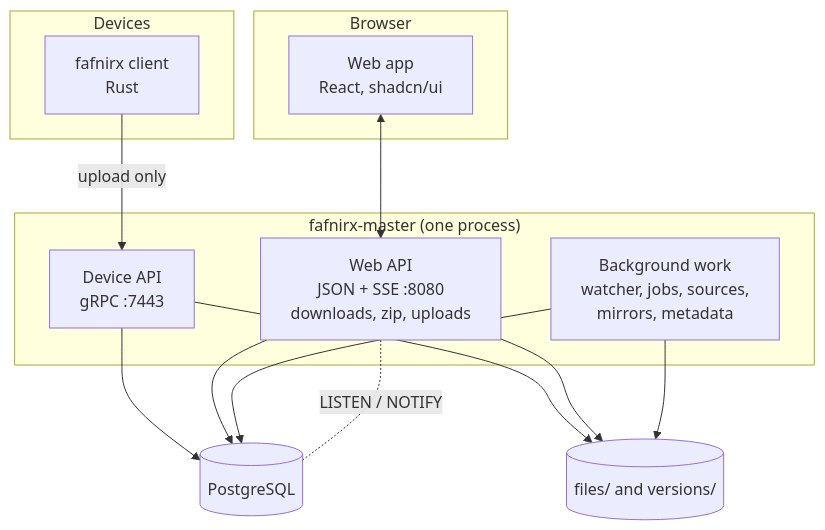
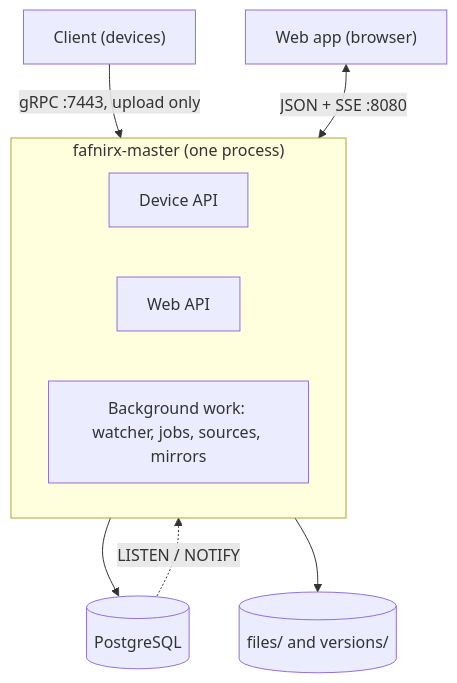
Before and after one commit to jameelhamdan/fafnirx: the first of 3 diagrams in docs/architecture.md, drawn with Mermaid. The commit also changed other lines of this file and 93 other files, not shown here.

````diff
--- a/docs/architecture.md
+++ b/docs/architecture.md
@@ -3,23 +3,14 @@
 ```mermaid
 flowchart TB
-    subgraph DEVICES["Devices"]
-        C["fafnirx client<br/>Rust"]
+    C["Client (devices)"] -- "gRPC :7443, upload only" --> M
+    W["Web app (browser)"] <-- "JSON + SSE :8080" --> M
+    subgraph M["fafnirx-master (one process)"]
+        direction LR
+        G["Device API"]
+        A["Web API"]
+        B["Background work: watcher, jobs, sources, mirrors"]
     end
-    subgraph BROWSER["Browser"]
-        W["Web app<br/>React, shadcn/ui"]
-    end
-    subgraph MASTER["fafnirx-master (one process)"]
-        GRPC["Device API<br/>gRPC :7443"]
-        API["Web API<br/>JSON + SSE :8080<br/>downloads, zip, uploads"]
-        WORK["Background work<br/>watcher, jobs, sources,<br/>mirrors, metadata"]
-    end
-    PG[("PostgreSQL")]
-    FS[("files/ and versions/")]
-    C -- "upload only" --> GRPC
-    W <--> API
-    GRPC --> PG & FS
-    API --> PG
-    API --> FS
-    WORK --> PG & FS
-    API -. "LISTEN / NOTIFY" .- PG
+    M --> PG[("PostgreSQL")]
+    M --> FS[("files/ and versions/")]
+    PG -. "LISTEN / NOTIFY" .-> A
 ```
````
